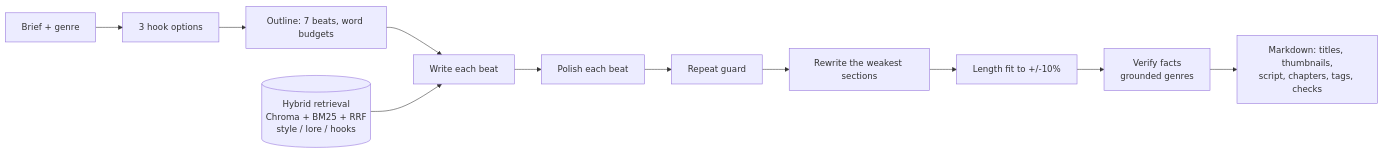
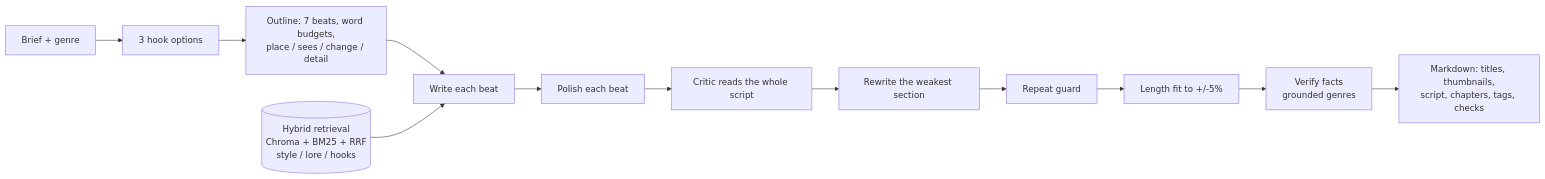
Before and after one commit to Nix-ml-journey/LocalRAG: the diagram in README.md, drawn with Mermaid. The commit also changed other lines of this file and 10 other files, not shown here.

````diff
--- a/README.md
+++ b/README.md
@@ -9,13 +9,14 @@
 ```mermaid
 flowchart LR
     B[Brief + genre] --> H[3 hook options]
-    H --> O[Outline: 7 beats, word budgets]
+    H --> O[Outline: 7 beats, word budgets,<br/>place / sees / change / detail]
     O --> W[Write each beat]
     R[(Hybrid retrieval<br/>Chroma + BM25 + RRF<br/>style / lore / hooks)] --> W
     W --> P[Polish each beat]
-    P --> D[Repeat guard]
-    D --> RV[Rewrite the weakest sections]
-    RV --> F[Length fit to +/-10%]
+    P --> C[Critic reads the whole script]
+    C --> RV[Rewrite the weakest section]
+    RV --> D[Repeat guard]
+    D --> F[Length fit to +/-5%]
     F --> V[Verify facts<br/>grounded genres]
     V --> M[Markdown: titles, thumbnails,<br/>script, chapters, tags, checks]
 ```
````
